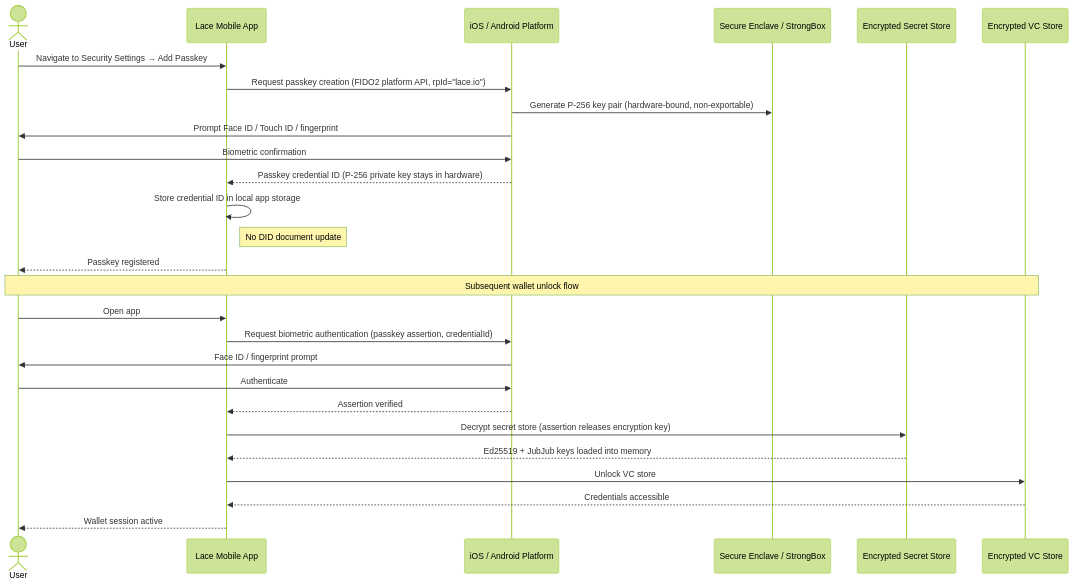
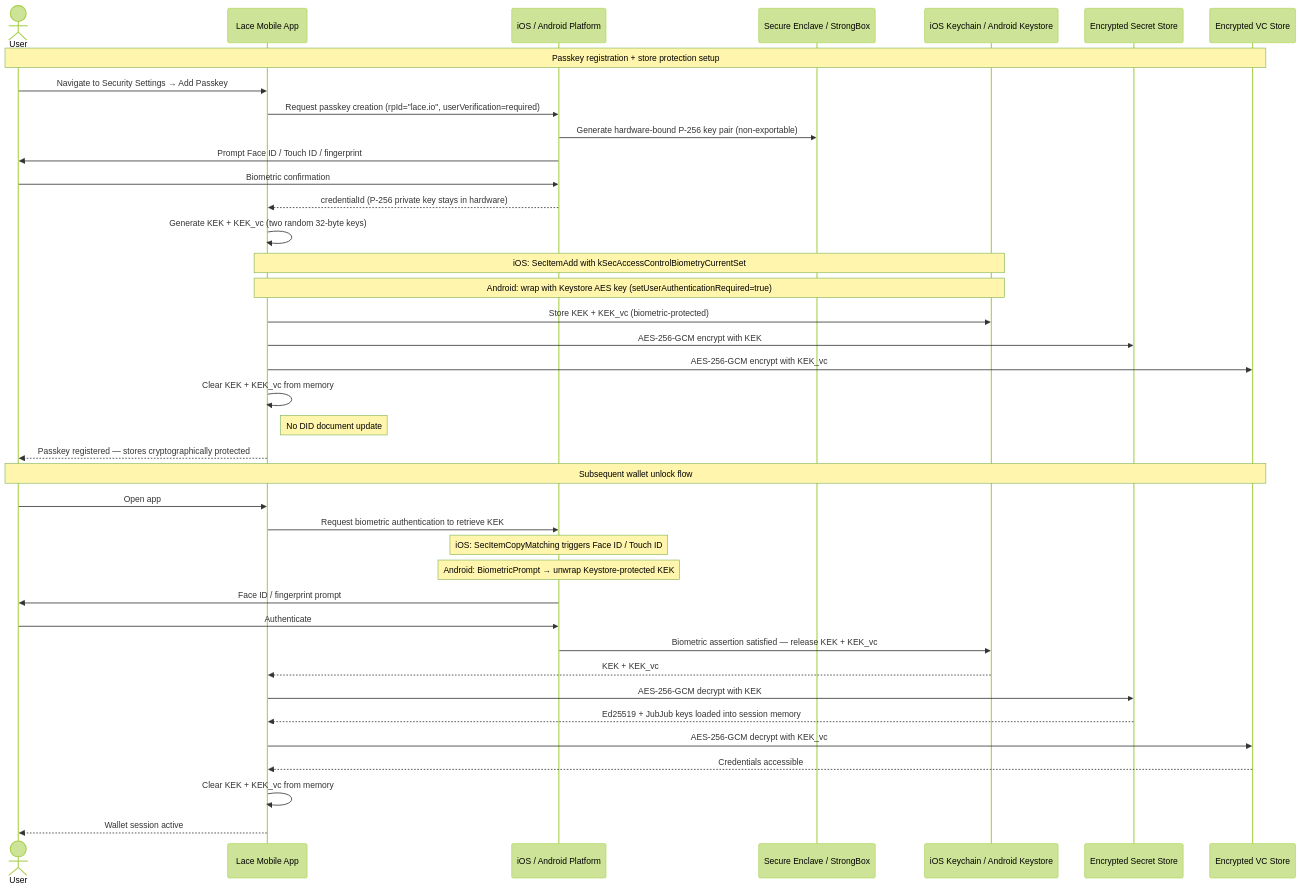
The sixth of 15 diagrams in research/lace-wallet-midnight-dapp-brd-frd.md (midnightntwrk/midnight-did), drawn with Mermaid (forest theme) before and after one commit. The commit also changed other lines of this file, not shown here.

First line of the commit message:
docs(research): add cryptographic store unlock detail to UC-2 passkey flow

````diff
--- a/research/lace-wallet-midnight-dapp-brd-frd.md
+++ b/research/lace-wallet-midnight-dapp-brd-frd.md
@@ -344,31 +369,43 @@
 ```mermaid
 sequenceDiagram
     actor User
     participant App as Lace Mobile App
     participant OS as iOS / Android Platform
     participant SecureEl as Secure Enclave / StrongBox
+    participant Keychain as iOS Keychain / Android Keystore
     participant SecretStore as Encrypted Secret Store
     participant VCStore as Encrypted VC Store
 
+    Note over User,VCStore: Passkey registration + store protection setup
     User->>App: Navigate to Security Settings → Add Passkey
-    App->>OS: Request passkey creation (FIDO2 platform API, rpId="lace.io")
-    OS->>SecureEl: Generate P-256 key pair (hardware-bound, non-exportable)
+    App->>OS: Request passkey creation (rpId="lace.io", userVerification=required)
+    OS->>SecureEl: Generate hardware-bound P-256 key pair (non-exportable)
     OS->>User: Prompt Face ID / Touch ID / fingerprint
     User->>OS: Biometric confirmation
-    OS-->>App: Passkey credential ID (P-256 private key stays in hardware)
-    App->>App: Store credential ID in local app storage
+    OS-->>App: credentialId (P-256 private key stays in hardware)
+    App->>App: Generate KEK + KEK_vc (two random 32-byte keys)
+    Note over App,Keychain: iOS: SecItemAdd with kSecAccessControlBiometryCurrentSet
+    Note over App,Keychain: Android: wrap with Keystore AES key (setUserAuthenticationRequired=true)
+    App->>Keychain: Store KEK + KEK_vc (biometric-protected)
+    App->>SecretStore: AES-256-GCM encrypt with KEK
+    App->>VCStore: AES-256-GCM encrypt with KEK_vc
+    App->>App: Clear KEK + KEK_vc from memory
     Note right of App: No DID document update
-    App-->>User: Passkey registered
+    App-->>User: Passkey registered — stores cryptographically protected
 
     Note over User,VCStore: Subsequent wallet unlock flow
     User->>App: Open app
-    App->>OS: Request biometric authentication (passkey assertion, credentialId)
+    App->>OS: Request biometric authentication to retrieve KEK
+    Note over OS: iOS: SecItemCopyMatching triggers Face ID / Touch ID
+    Note over OS: Android: BiometricPrompt → unwrap Keystore-protected KEK
     OS->>User: Face ID / fingerprint prompt
     User->>OS: Authenticate
-    OS-->>App: Assertion verified
-    App->>SecretStore: Decrypt secret store (assertion releases encryption key)
-    SecretStore-->>App: Ed25519 + JubJub keys loaded into memory
-    App->>VCStore: Unlock VC store
+    OS->>Keychain: Biometric assertion satisfied — release KEK + KEK_vc
+    Keychain-->>App: KEK + KEK_vc
+    App->>SecretStore: AES-256-GCM decrypt with KEK
+    SecretStore-->>App: Ed25519 + JubJub keys loaded into session memory
+    App->>VCStore: AES-256-GCM decrypt with KEK_vc
     VCStore-->>App: Credentials accessible
+    App->>App: Clear KEK + KEK_vc from memory
     App-->>User: Wallet session active
 ```
````
